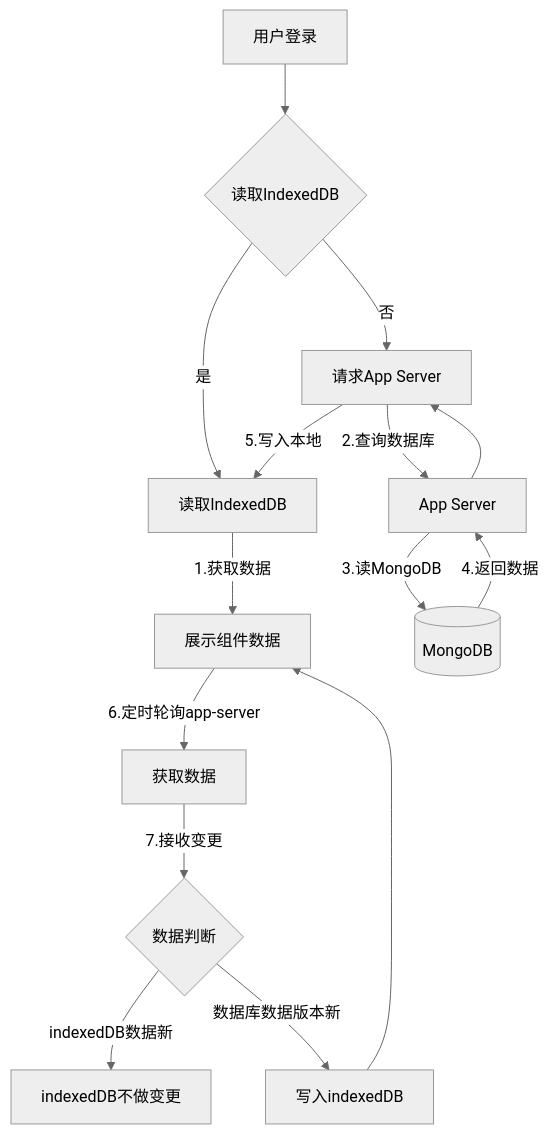
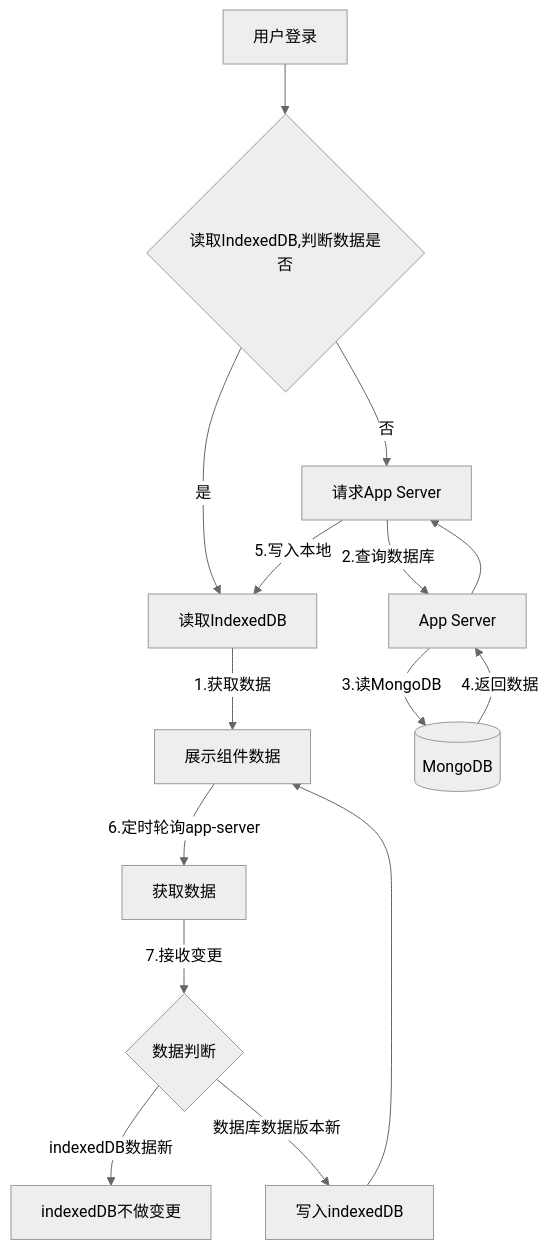
Before and after one commit to yingjianzh/iodraw-files: the diagram in all/未命名-22.md, drawn with Mermaid (neutral theme).

Commit message:
2025-02-18 16:08:57 update

````diff
--- a/all/未命名-22.md
+++ b/all/未命名-22.md
@@ -1,16 +1,16 @@
 ```mermaid
 graph TD
-    A[用户登录] --> B{读取IndexedDB}
+    A[用户登录] --> B{读取IndexedDB,判断数据是否}
     B -->|是| C[读取IndexedDB]
     B -->|否| D[请求App Server]
     C -->|1.获取数据| E[展示组件数据]
     D -->|2.查询数据库| F[App Server]
     F -->|3.读MongoDB| G[(MongoDB)]
     G -->|4.返回数据| F --> D
     D -->|5.写入本地| C
     E -->|6.定时轮询app-server| H[获取数据]
     H -->|7.接收变更| I{数据判断}
     I -->|indexedDB数据新| J[indexedDB不做变更]
     I -->|数据库数据版本新| K[写入indexedDB]
     K --> E
 ```
````
